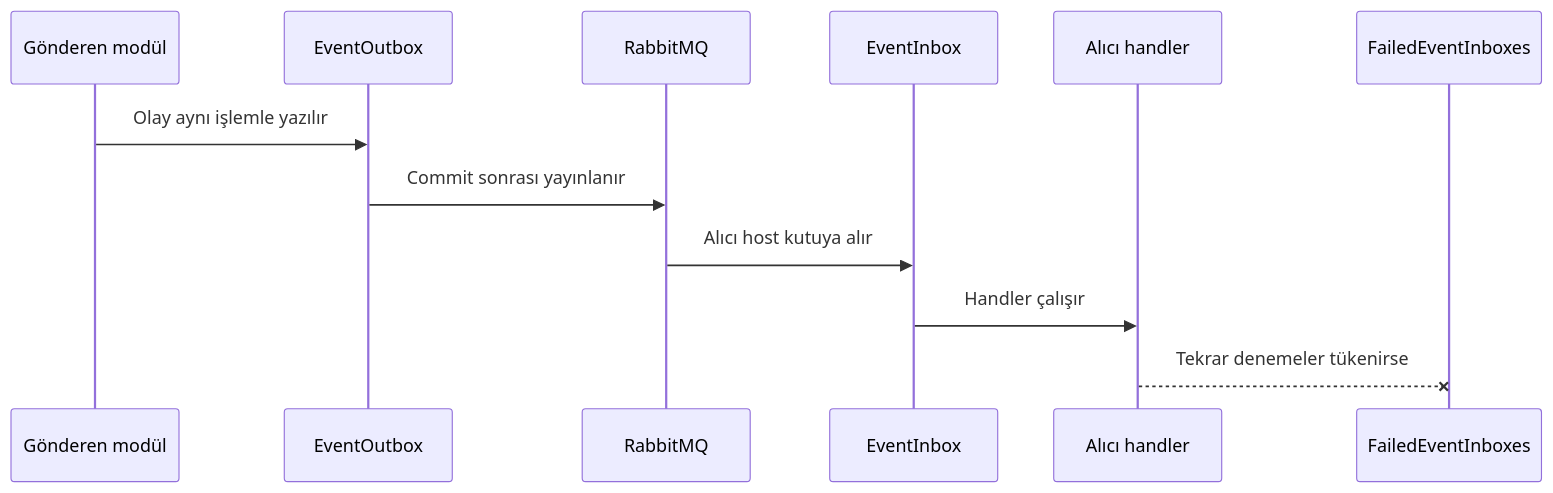
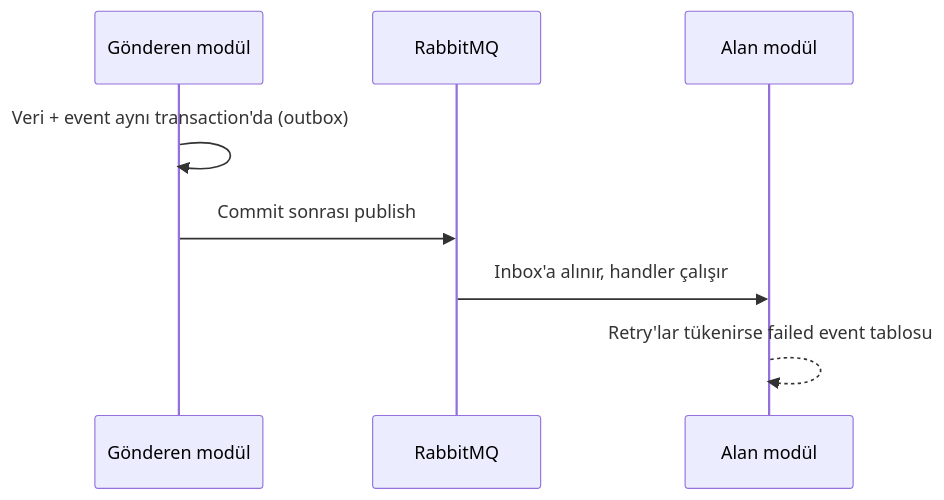
One commit to mertbyd/byd-core-extensions-api changed the fifth of 7 diagrams in README.md. Above: the diagram before and after it, drawn with Mermaid. The commit also changed other lines of this file, not shown here.

````diff
--- a/README.md
+++ b/README.md
@@ -167,14 +160,10 @@
 ```mermaid
 sequenceDiagram
     participant A as Gönderen modül
-    participant O as EventOutbox
     participant R as RabbitMQ
-    participant I as EventInbox
-    participant H as Alıcı handler
-    participant F as FailedEventInboxes
-    A->>O: Olay aynı işlemle yazılır
-    O->>R: Commit sonrası yayınlanır
-    R->>I: Alıcı host kutuya alır
-    I->>H: Handler çalışır
-    H--xF: Tekrar denemeler tükenirse
+    participant B as Alan modül
+    A->>A: Veri + event aynı transaction'da (outbox)
+    A->>R: Commit sonrası publish
+    R->>B: Inbox'a alınır, handler çalışır
+    B-->>B: Retry'lar tükenirse failed event tablosu
 ```
````
